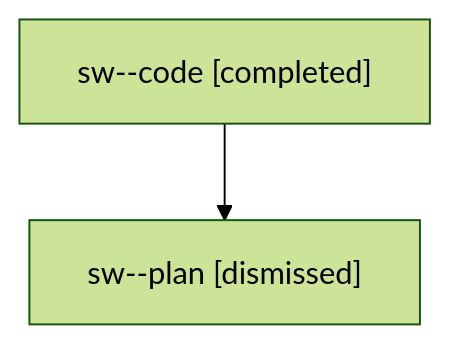
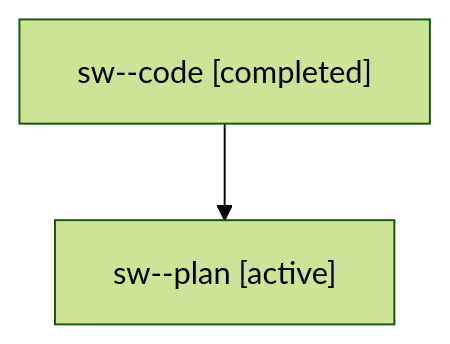
The diagram in families/bbugyi200.athena.sw.md (sase-org/sase--agents), drawn with Mermaid (forest theme) before and after one commit. The commit also changed other lines of this file and 4556 other files, not shown here.

````diff
--- a/families/bbugyi200.athena.sw.md
+++ b/families/bbugyi200.athena.sw.md
@@ -9,6 +9,6 @@
 ```mermaid
 flowchart TD
   n0["sw--code [completed]"]
-  n1["sw--plan [dismissed]"]
+  n1["sw--plan [active]"]
   n0 --> n1
 ```
````
